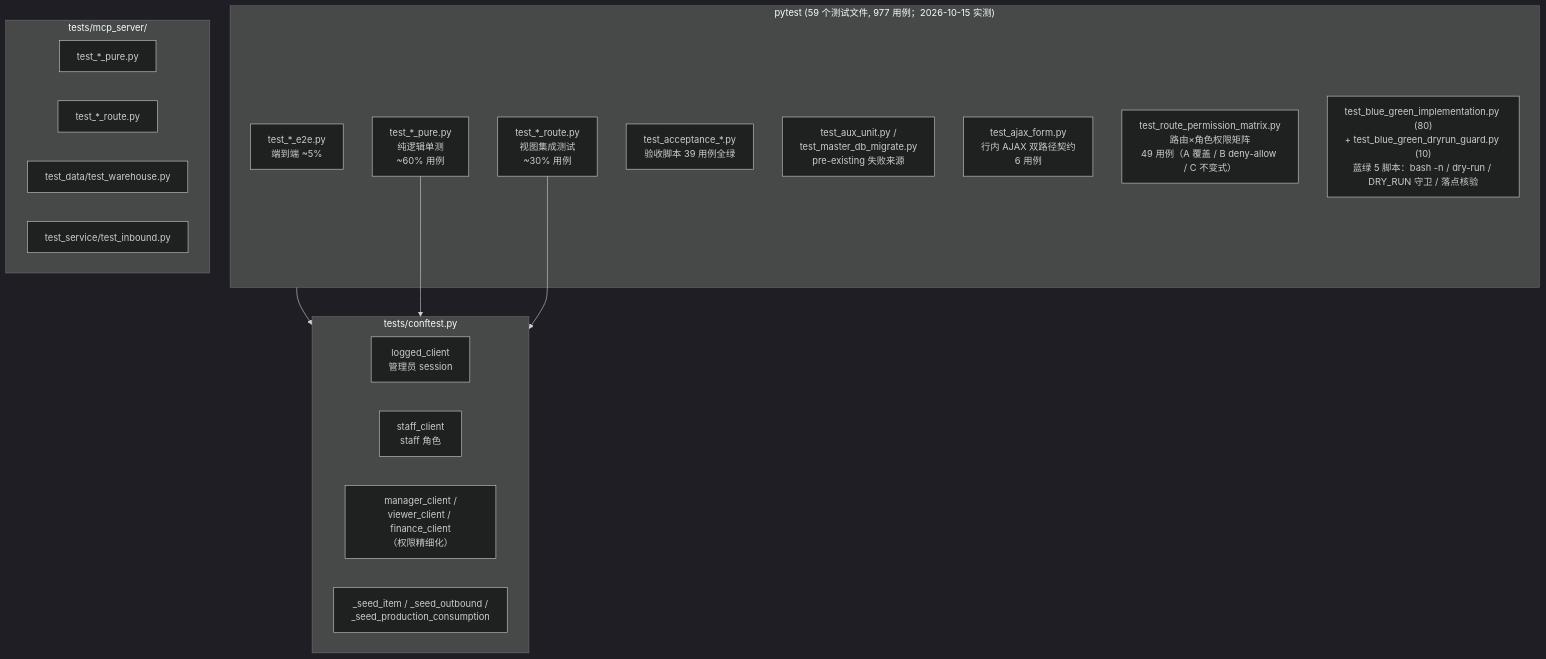
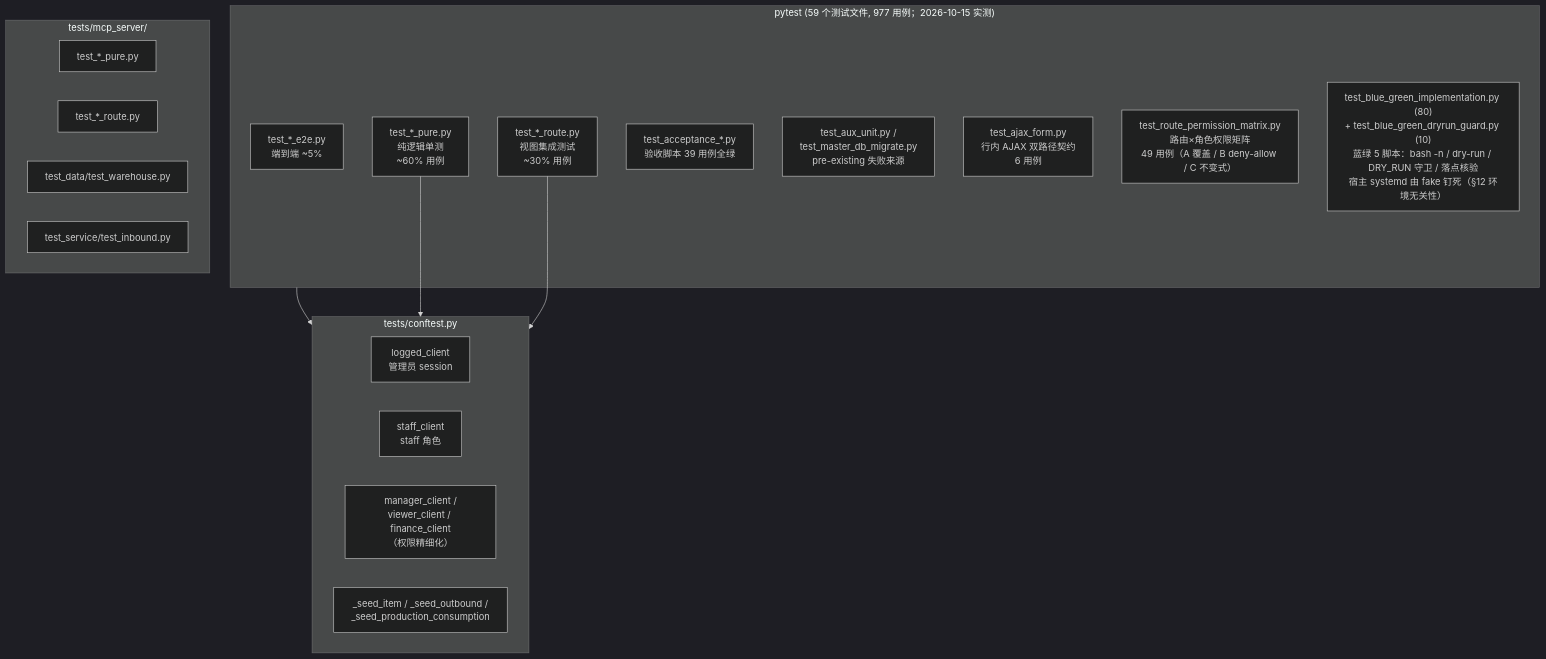
Diagram 17 of 17 in docs/ARCHITECTURE.md (ericmr1981/DailyCheck), drawn with Mermaid (dark theme) before and after one commit. The commit also changed other lines of this file and 1 other file, not shown here.

Commit message:
fix(blue_green): 蓝绿用例钉死宿主 systemd 态，消除 prod 环境依赖, Closes #44
PR #42 的 DRY_RUN 守卫以 `systemctl show -p Environment --value <unit>` 取证，
使 tests/test_blue_green_implementation.py 的用例结果取决于宿主 systemd：
dev/CI 无 systemctl → 判「无法判定」→ 仅告警放行（绿）；生产 VPS 上
dailycheck-green.service 固定 Environment=DRY_RUN=true（绿未转正）→ 守卫按
设计 exit 3 拒跑（红）。同一批用例两种结论 —— 这是测试缺陷，非产品缺陷。

修法：模块级 autouse fixture `_fake_systemctl` 前置 fake systemctl，把宿主态
显式钉成「绿转正后的合法生产态」（Environment=DRY_RUN=false → 守卫判
not_dry_run 放行），用例回到「验证切流量动作本身」的原始意图。fake 只接管
show 并 exit 0，journalctl 等真命令缺失仍让 verify.sh 失败路径用例保持原语义。
守卫自身行为由 test_blue_green_dryrun_guard.py 专项覆盖（该文件自建 fake）。

影响面大于 issue 所列 5 条：贴近生产的模拟（green unit DRY_RUN=true）实测
7 条 fail，另含 test_switch_green_100_dry_run_blue_down 与
test_dry_run_mode_is_safe_across_all_scripts。

验证：三场景（dev 无 systemctl / green DRY_RUN=true / 全部 unit DRY_RUN=true）
均 80 passed；CI 口径 14 failed / 974 passed 失败集逐行一致，门禁 exit 0；
ruff 改动文件 clean（全仓 186 == 基线）。变异验证 2 组：fake 谎报
DRY_RUN=true → 8 条 fail；去掉 PATH 注入 → 复现 issue 基线 7 条 fail。

````diff
--- a/docs/ARCHITECTURE.md
+++ b/docs/ARCHITECTURE.md
@@ -886,31 +886,31 @@
 ```mermaid
 flowchart TB
     subgraph Pytest["pytest (59 个测试文件, 977 用例；2026-10-15 实测)"]
         Pure["test_*_pure.py<br/>纯逻辑单测<br/>~60% 用例"]
         Route["test_*_route.py<br/>视图集成测试<br/>~30% 用例"]
         E2E["test_*_e2e.py<br/>端到端 ~5%"]
         Acceptance["test_acceptance_*.py<br/>验收脚本 39 用例全绿"]
         Aux["test_aux_unit.py /<br/>test_master_db_migrate.py<br/>pre-existing 失败来源"]
         Ajax["test_ajax_form.py<br/>行内 AJAX 双路径契约<br/>6 用例"]
         Perm["test_route_permission_matrix.py<br/>路由×角色权限矩阵<br/>49 用例（A 覆盖 / B deny-allow / C 不变式）"]
-        BlueGreen["test_blue_green_implementation.py (80)<br/>+ test_blue_green_dryrun_guard.py (10)<br/>蓝绿 5 脚本：bash -n / dry-run / DRY_RUN 守卫 / 落点核验"]
+        BlueGreen["test_blue_green_implementation.py (80)<br/>+ test_blue_green_dryrun_guard.py (10)<br/>蓝绿 5 脚本：bash -n / dry-run / DRY_RUN 守卫 / 落点核验<br/>宿主 systemd 由 fake 钉死（§12 环境无关性）"]
     end
 
     subgraph Conftest["tests/conftest.py"]
         LoggedClient["logged_client<br/>管理员 session"]
         StaffClient["staff_client<br/>staff 角色"]
         RoleClients["manager_client /<br/>viewer_client / finance_client<br/>（权限精细化）"]
         SeedHelpers["_seed_item / _seed_outbound /<br/>_seed_production_consumption"]
     end
 
     subgraph MCPTest["tests/mcp_server/"]
         MCPPure["test_*_pure.py"]
         MCPRoute["test_*_route.py"]
         MCPData["test_data/test_warehouse.py"]
         MCPService["test_service/test_inbound.py"]
     end
 
     Pytest --> Conftest
     Pure --> Conftest
     Route --> Conftest
 ```
````
